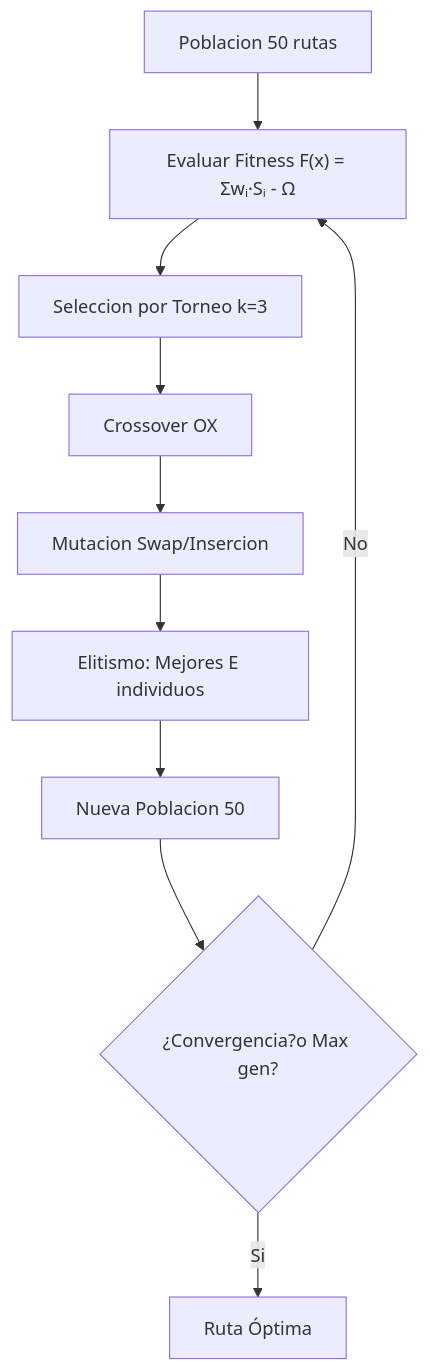
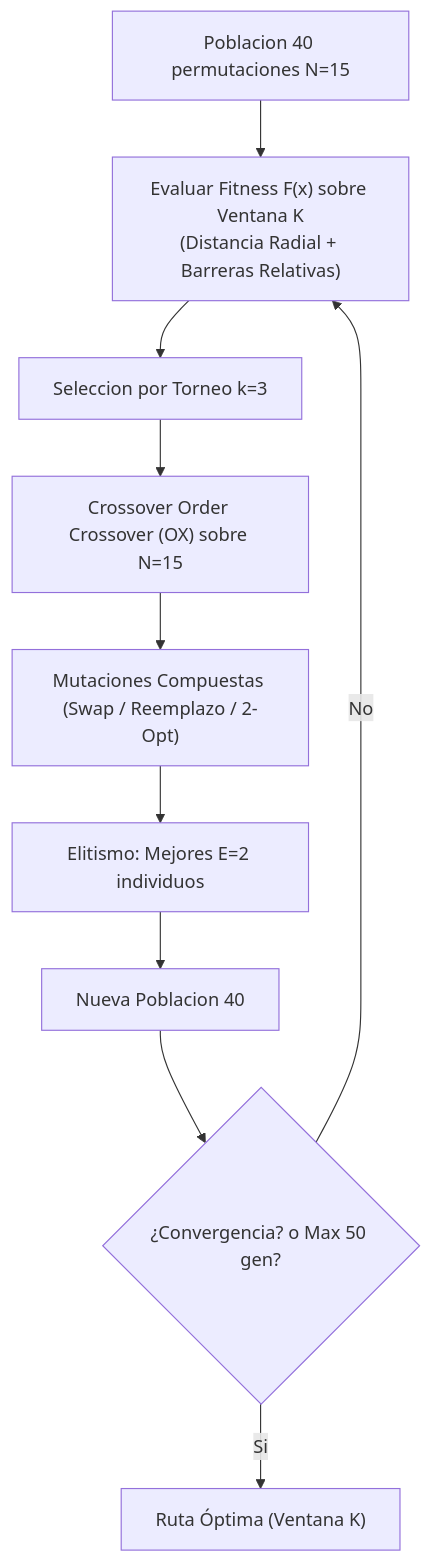
One commit to angel4luu/si-project-unmsm changed the sixth of 8 diagrams in README.md. Above: the diagram before and after it, drawn with Mermaid. The commit also changed other lines of this file, not shown here.

````diff
--- a/README.md
+++ b/README.md
@@ -528,12 +536,12 @@
 ```mermaid
 flowchart TB
-    P["Poblacion 50 rutas"] --> E["Evaluar Fitness F(x) = Σwᵢ·Sᵢ - Ω"]
+    P["Poblacion 40 permutaciones N=15"] --> E["Evaluar Fitness F(x) sobre Ventana K<br/>(Distancia Radial + Barreras Relativas)"]
     E --> S["Seleccion por Torneo k=3"]
-    S --> C["Crossover OX"]
-    C --> M["Mutacion Swap/Insercion"]
-    M --> EL["Elitismo: Mejores E individuos"]
-    EL --> N["Nueva Poblacion 50"]
-    N --> C2{¿Convergencia?o Max gen?}
+    S --> C["Crossover Order Crossover (OX) sobre N=15"]
+    C --> M["Mutaciones Compuestas (Swap / Reemplazo / 2-Opt)"]
+    M --> EL["Elitismo: Mejores E=2 individuos"]
+    EL --> N["Nueva Poblacion 40"]
+    N --> C2{"¿Convergencia? o Max 50 gen?"}
     C2 -->|No| E
-    C2 -->|Si| R[" Ruta Óptima"]
+    C2 -->|Si| R["Ruta Óptima (Ventana K)"]
 ```
````
